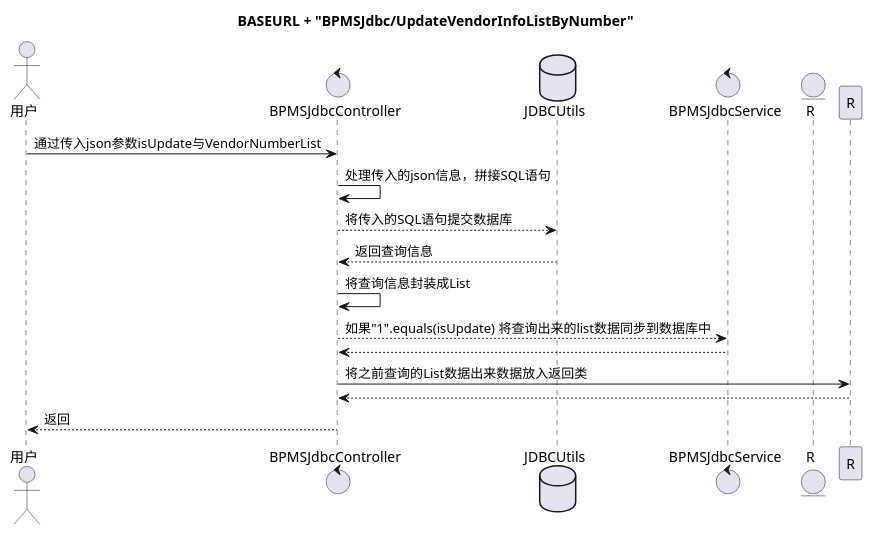
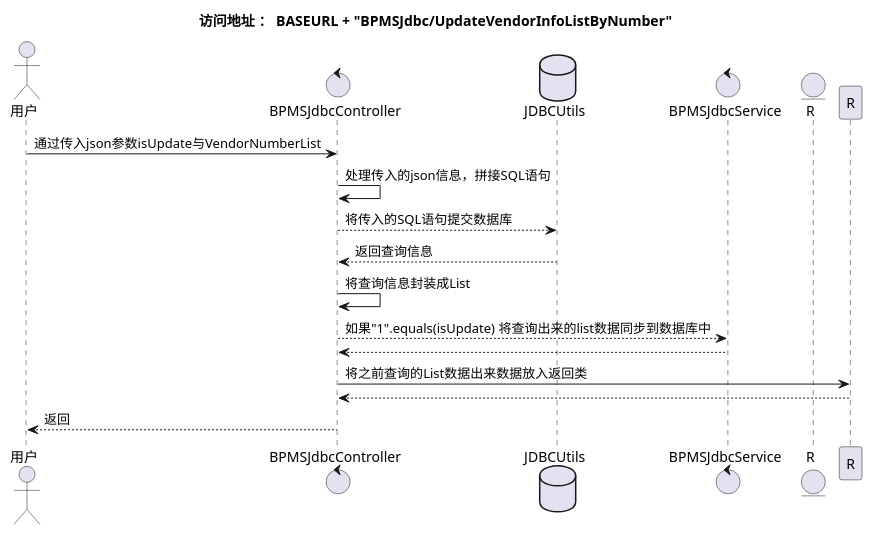
The diagram in BPMSjdbcController.pu (KeatonLi/pictures), drawn with PlantUML before and after one commit. The commit also changed 1 other file, not shown here.

Commit message:
绘图上传

```diff
--- a/BPMSjdbcController.pu
+++ b/BPMSjdbcController.pu
@@ -1,19 +1,19 @@
 @startuml
-title BASEURL + "BPMSJdbc/UpdateVendorInfoListByNumber"
+title 访问地址 ： BASEURL + "BPMSJdbc/UpdateVendorInfoListByNumber"
 actor   用户 as User
 control BPMSJdbcController as Control
 database JDBCUtils as jdbc
 control BPMSJdbcService as service
 entity R as entity
 User -> Control : 通过传入json参数isUpdate与VendorNumberList
 Control -> Control : 处理传入的json信息，拼接SQL语句
 Control --> jdbc : 将传入的SQL语句提交数据库
 jdbc --> Control : 返回查询信息
 Control -> Control : 将查询信息封装成List
 Control --> service : 如果"1".equals(isUpdate) 将查询出来的list数据同步到数据库中
 service --> Control
 Control -> R : 将之前查询的List数据出来数据放入返回类
 R --> Control
 Control --> User : 返回
 
 @enduml
```
